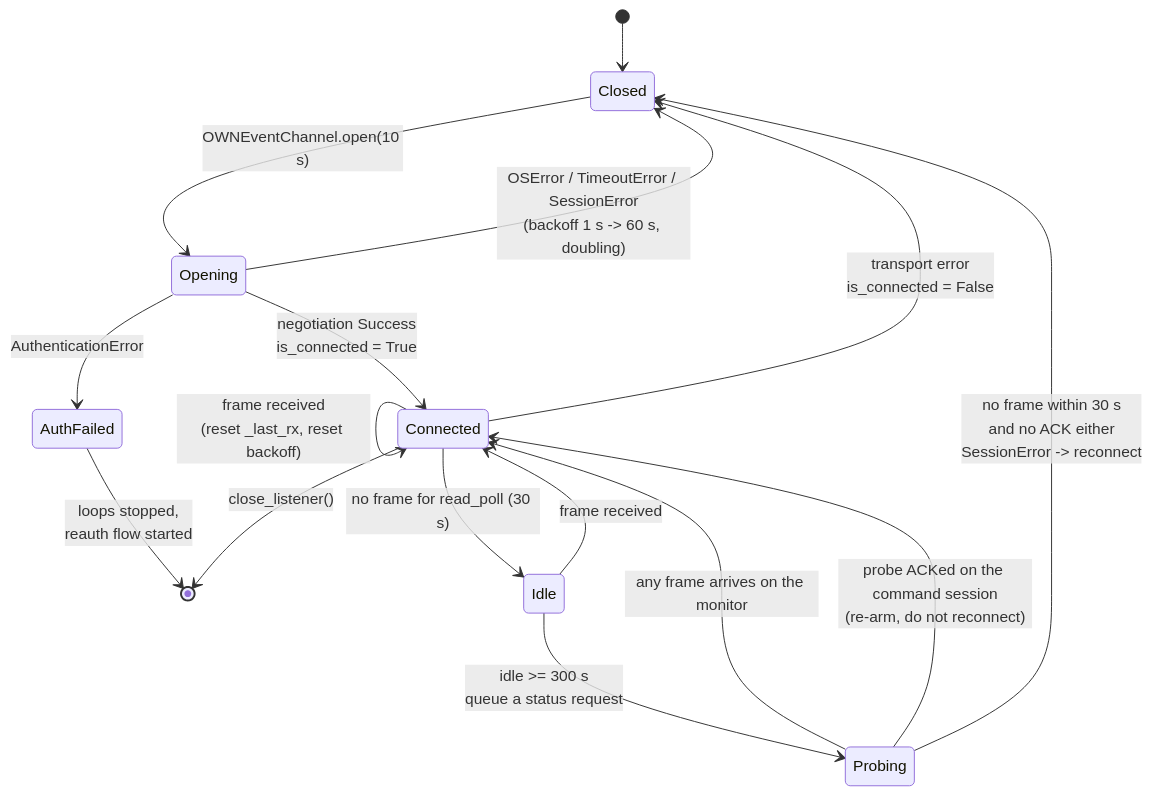
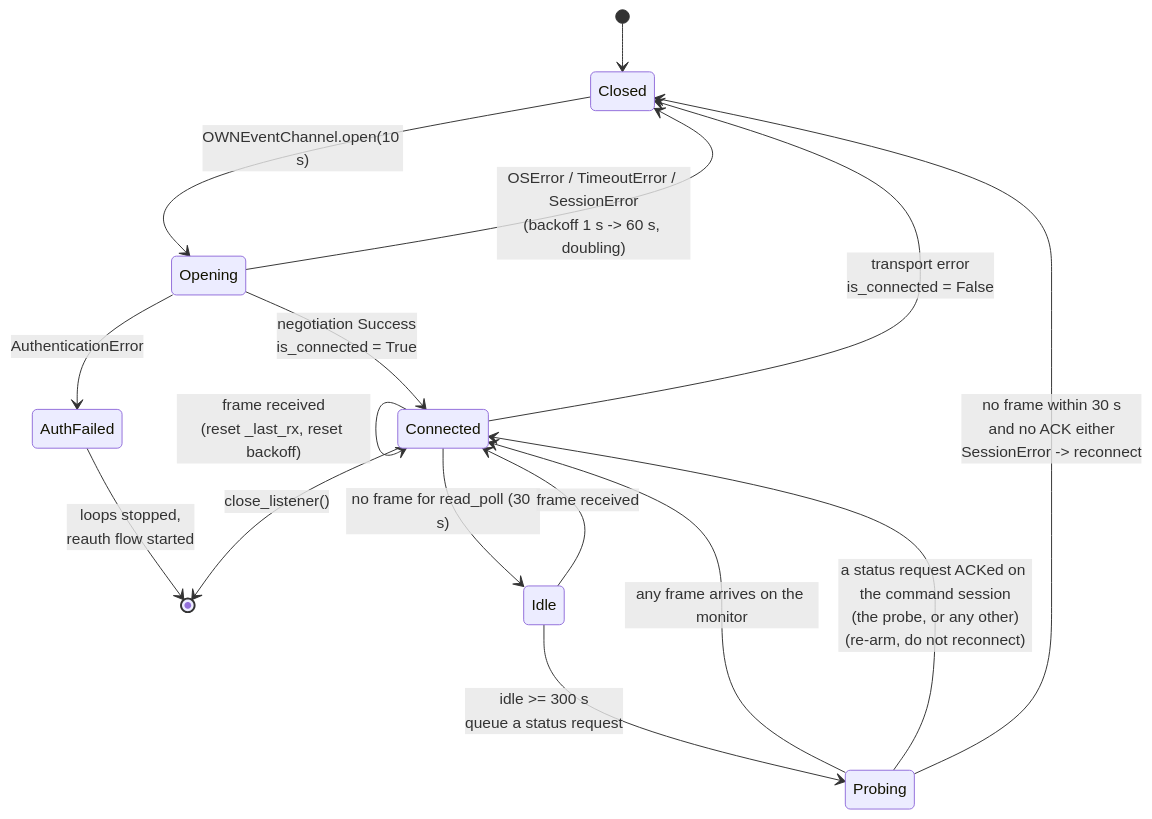
The second of 3 diagrams in docs/architecture.md (Interstellar0verdrive/MyHOME-stability), drawn with Mermaid before and after one commit. The commit also changed other lines of this file and 3 other files, not shown here.

````diff
--- a/docs/architecture.md
+++ b/docs/architecture.md
@@ -170,18 +170,18 @@
 ```mermaid
 stateDiagram-v2
     [*] --> Closed
     Closed --> Opening: OWNEventChannel.open(10 s)
     Opening --> Closed: OSError / TimeoutError / SessionError<br/>(backoff 1 s -> 60 s, doubling)
     Opening --> AuthFailed: AuthenticationError
     Opening --> Connected: negotiation Success<br/>is_connected = True
     Connected --> Connected: frame received<br/>(reset _last_rx, reset backoff)
     Connected --> Idle: no frame for read_poll (30 s)
     Idle --> Connected: frame received
     Idle --> Probing: idle >= 300 s<br/>queue a status request
     Probing --> Connected: any frame arrives on the monitor
-    Probing --> Connected: probe ACKed on the command session<br/>(re-arm, do not reconnect)
+    Probing --> Connected: a status request ACKed on the command session<br/>(the probe, or any other)<br/>(re-arm, do not reconnect)
     Probing --> Closed: no frame within 30 s<br/>and no ACK either<br/>SessionError -> reconnect
     Connected --> Closed: transport error<br/>is_connected = False
     AuthFailed --> [*]: loops stopped,<br/>reauth flow started
     Connected --> [*]: close_listener()
 ```
````
